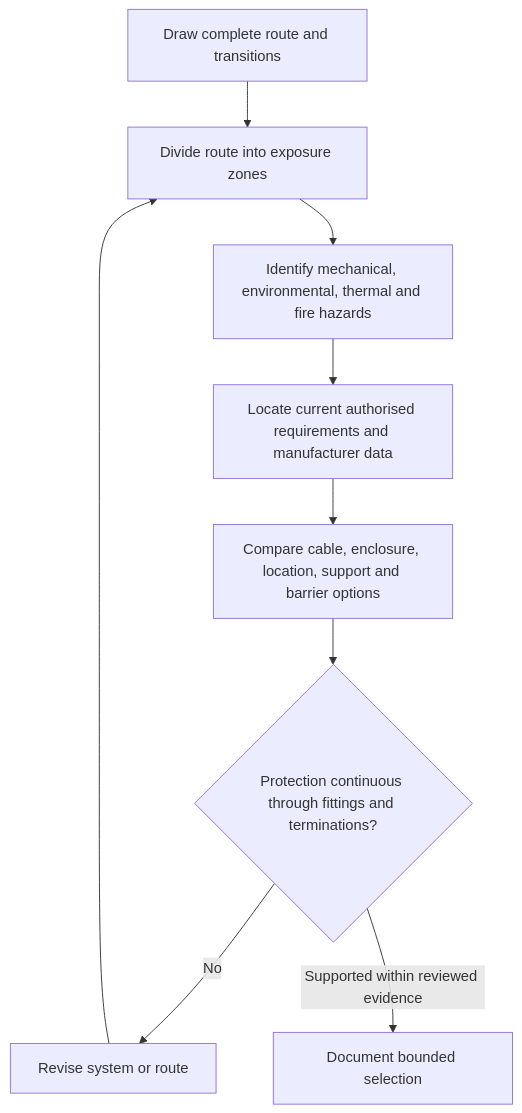
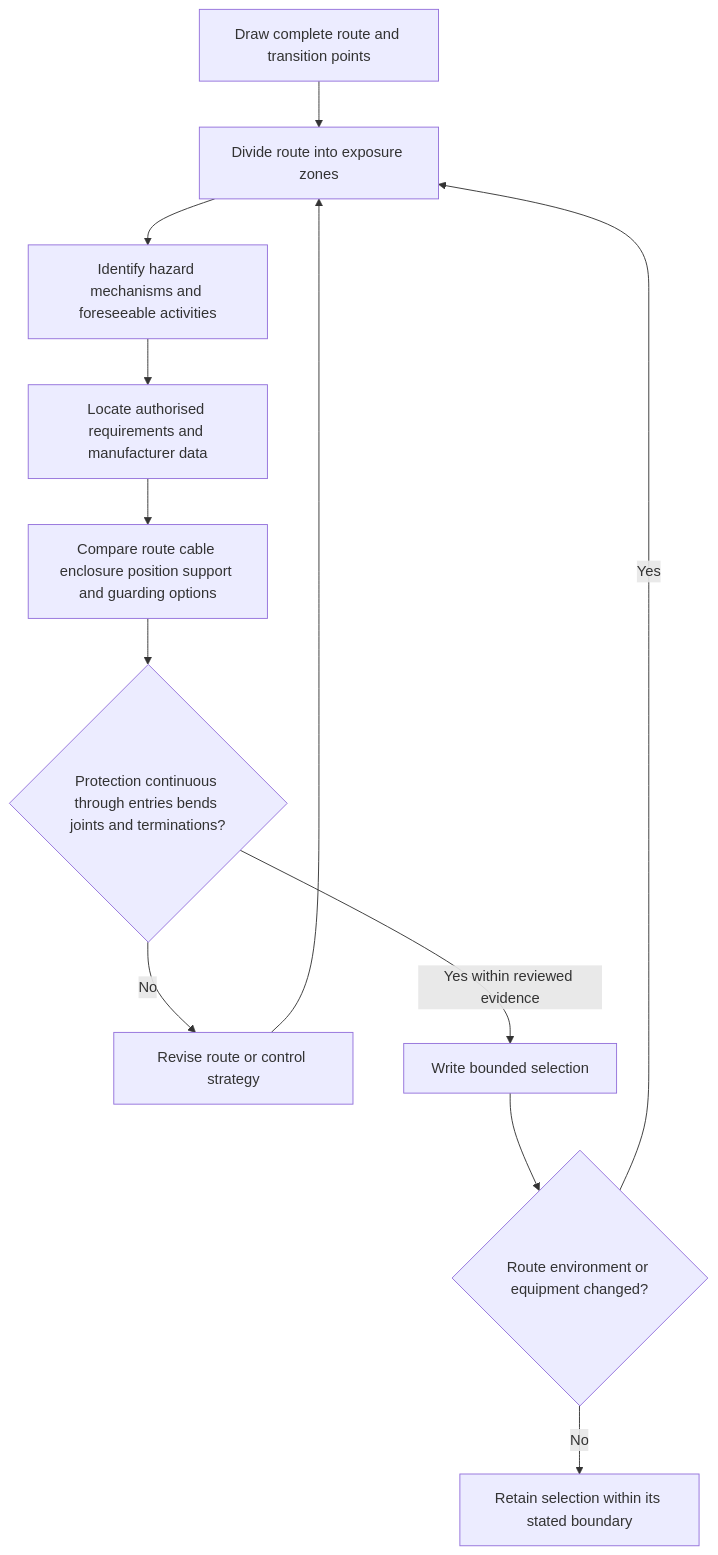
One commit to andrew3stedall/capstone changed the first of 2 diagrams in docs/learning-plans/4-week/modules/day-15-wiring-systems-and-mechanical-protection.md. Above: the diagram before and after it, drawn with Mermaid. The commit also changed other lines of this file, not shown here.

````diff
--- a/docs/learning-plans/4-week/modules/day-15-wiring-systems-and-mechanical-protection.md
+++ b/docs/learning-plans/4-week/modules/day-15-wiring-systems-and-mechanical-protection.md
@@ -117,11 +128,14 @@
 ```mermaid
 flowchart TD
-    A["Draw complete route and transitions"] --> B["Divide route into exposure zones"]
-    B --> C["Identify mechanical, environmental, thermal and fire hazards"]
-    C --> D["Locate current authorised requirements and manufacturer data"]
-    D --> E["Compare cable, enclosure, location, support and barrier options"]
-    E --> F{"Protection continuous through fittings and terminations?"}
-    F -->|"No"| G["Revise system or route"]
+    A["Draw complete route and transition points"] --> B["Divide route into exposure zones"]
+    B --> C["Identify hazard mechanisms and foreseeable activities"]
+    C --> D["Locate authorised requirements and manufacturer data"]
+    D --> E["Compare route cable enclosure position support and guarding options"]
+    E --> F{"Protection continuous through entries bends joints and terminations?"}
+    F -->|"No"| G["Revise route or control strategy"]
     G --> B
-    F -->|"Supported within reviewed evidence"| H["Document bounded selection"]
+    F -->|"Yes within reviewed evidence"| H["Write bounded selection"]
+    H --> I{"Route environment or equipment changed?"}
+    I -->|"Yes"| B
+    I -->|"No"| J["Retain selection within its stated boundary"]
 ```
````
